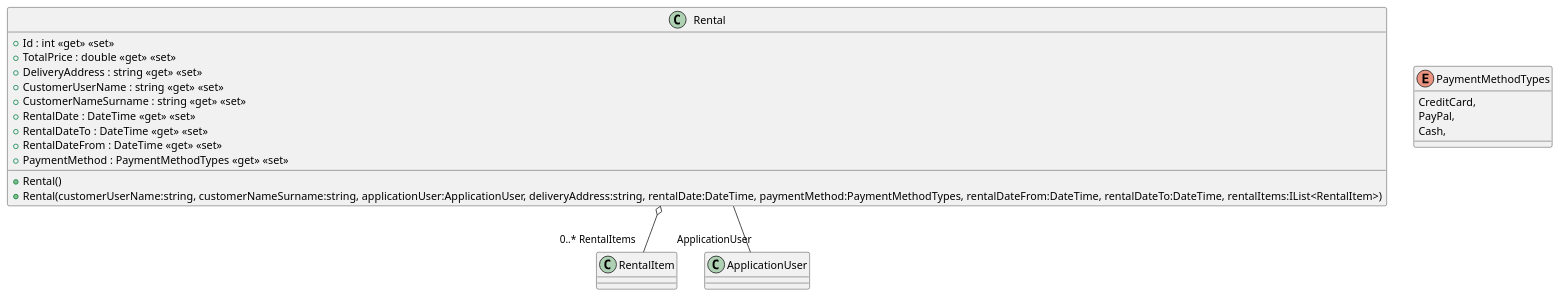
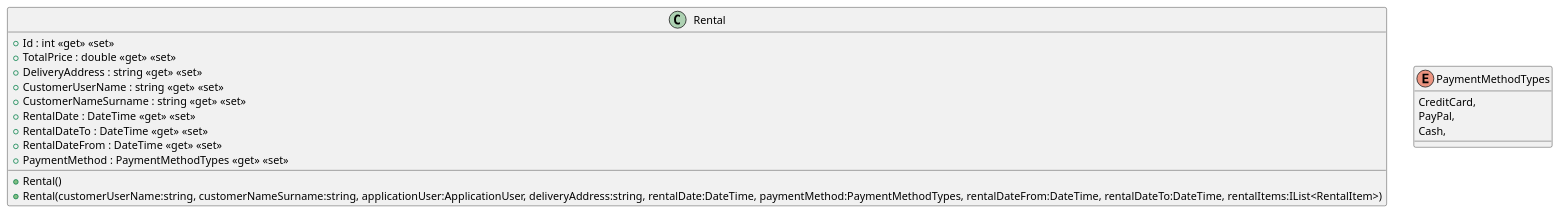
The diagram in src/AppForMovies.API/ClassDiagram/Rental.puml (Ingenieria-del-Software-II-ESIIAB/AppForMovies), drawn with PlantUML before and after one commit. The commit also changed 23 other files, not shown here.

First line of the commit message:
Diagrams and warnings (#66)

```diff
--- a/src/AppForMovies.API/ClassDiagram/Rental.puml
+++ b/src/AppForMovies.API/ClassDiagram/Rental.puml
@@ -1,24 +1,23 @@
 @startuml
 class Rental {
     + Rental()
     + Rental(customerUserName:string, customerNameSurname:string, applicationUser:ApplicationUser, deliveryAddress:string, rentalDate:DateTime, paymentMethod:PaymentMethodTypes, rentalDateFrom:DateTime, rentalDateTo:DateTime, rentalItems:IList<RentalItem>)
     + Id : int <<get>> <<set>>
     + TotalPrice : double <<get>> <<set>>
     + DeliveryAddress : string <<get>> <<set>>
     + CustomerUserName : string <<get>> <<set>>
     + CustomerNameSurname : string <<get>> <<set>>
     + RentalDate : DateTime <<get>> <<set>>
     + RentalDateTo : DateTime <<get>> <<set>>   
     + RentalDateFrom : DateTime <<get>> <<set>> 
     + PaymentMethod : PaymentMethodTypes <<get>> <<set>>      
 }
 enum PaymentMethodTypes {
     CreditCard,
     PayPal,
     Cash,
 }
 
 
-Rental o-- "0..* RentalItems" "RentalItem"
-Rental -- "ApplicationUser" ApplicationUser
+
 @enduml
```
